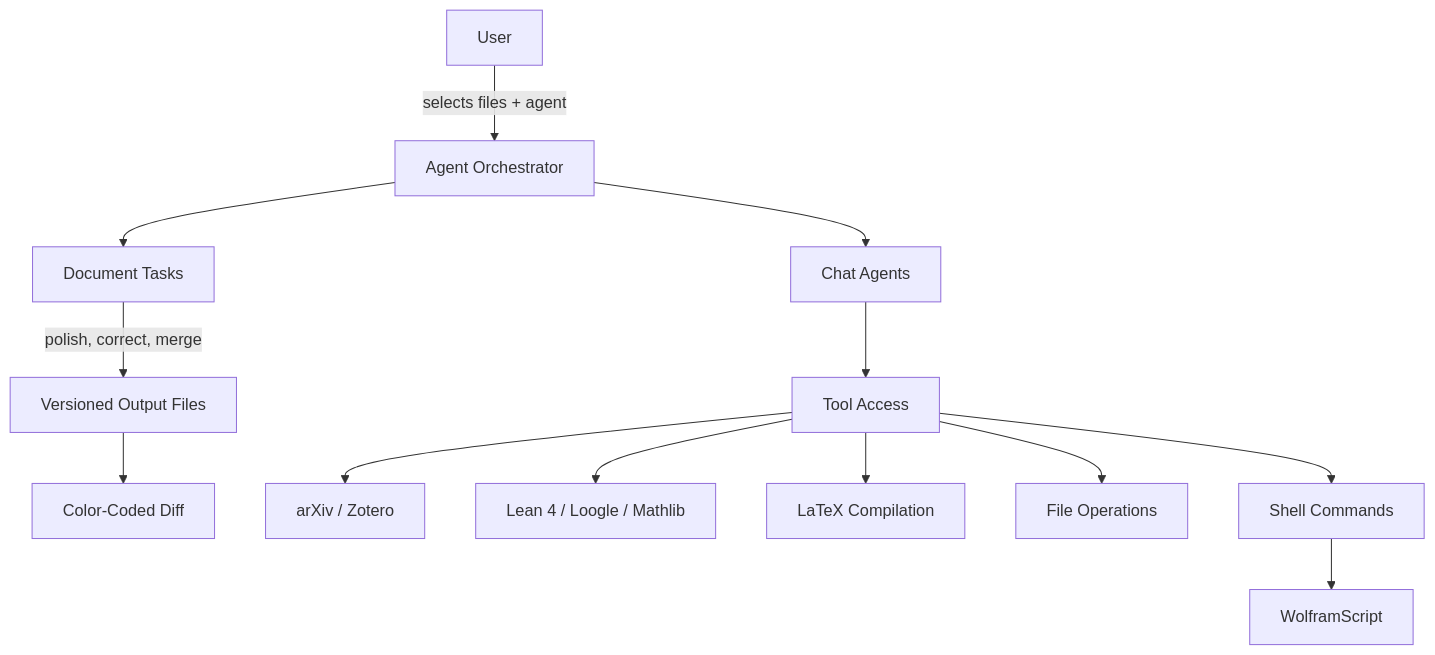
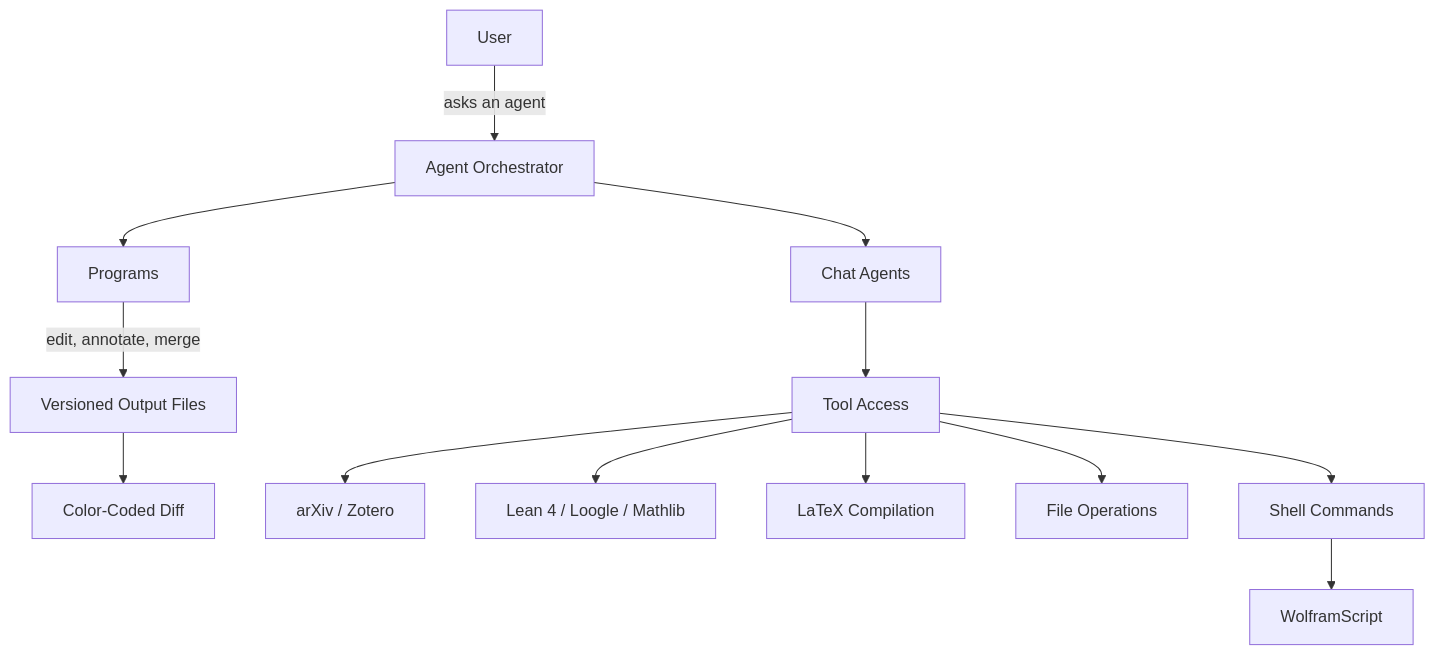
Before and after one commit to LionSR/TeXRA: the diagram in docs/guide/index.md, drawn with Mermaid. The commit also changed other lines of this file and 156 other files, not shown here.

````diff
--- a/docs/guide/index.md
+++ b/docs/guide/index.md
@@ -72,17 +72,17 @@
 ```mermaid
 graph TB
-    User[User] --> |selects files + agent| Orchestrator[Agent Orchestrator]
-    Orchestrator --> WA[Document Tasks]
+    User[User] --> |asks an agent| Orchestrator[Agent Orchestrator]
+    Orchestrator --> WA[Programs]
     Orchestrator --> IA[Chat Agents]
 
-    WA --> |polish, correct, merge| Output[Versioned Output Files]
+    WA --> |edit, annotate, merge| Output[Versioned Output Files]
     Output --> Diff[Color-Coded Diff]
 
     IA --> Tools[Tool Access]
     Tools --> Search[arXiv / Zotero]
     Tools --> Lean[Lean 4 / Loogle / Mathlib]
     Tools --> Compile[LaTeX Compilation]
     Tools --> FileOps[File Operations]
     Tools --> Shell[Shell Commands]
     Shell --> Wolfram[WolframScript]
 ```
````
